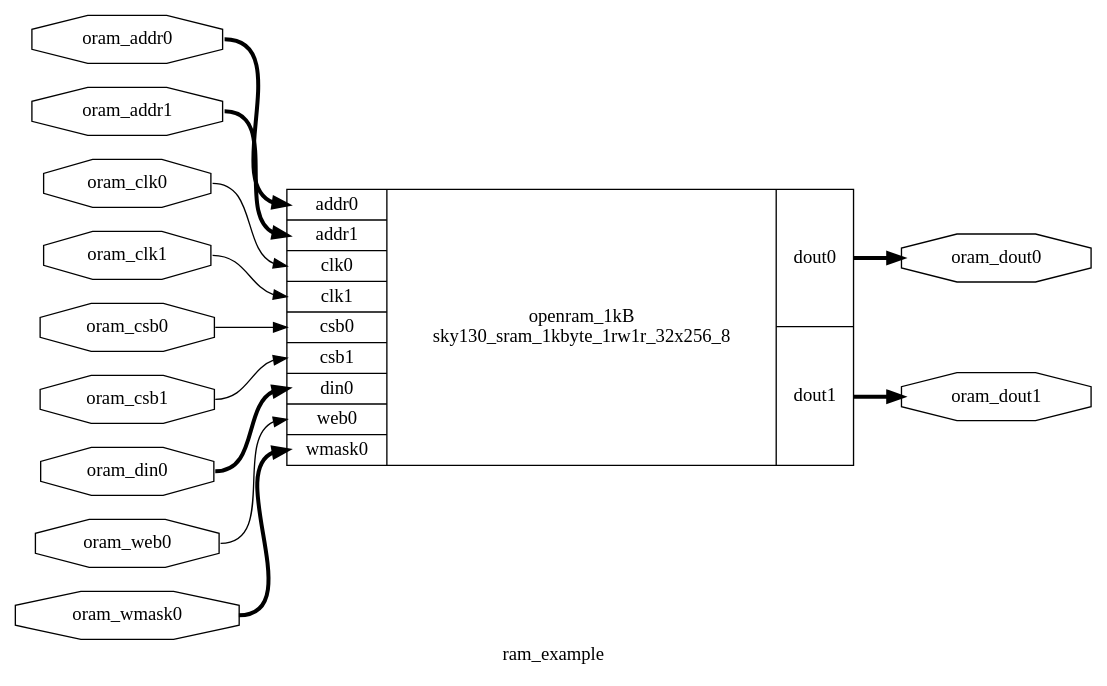
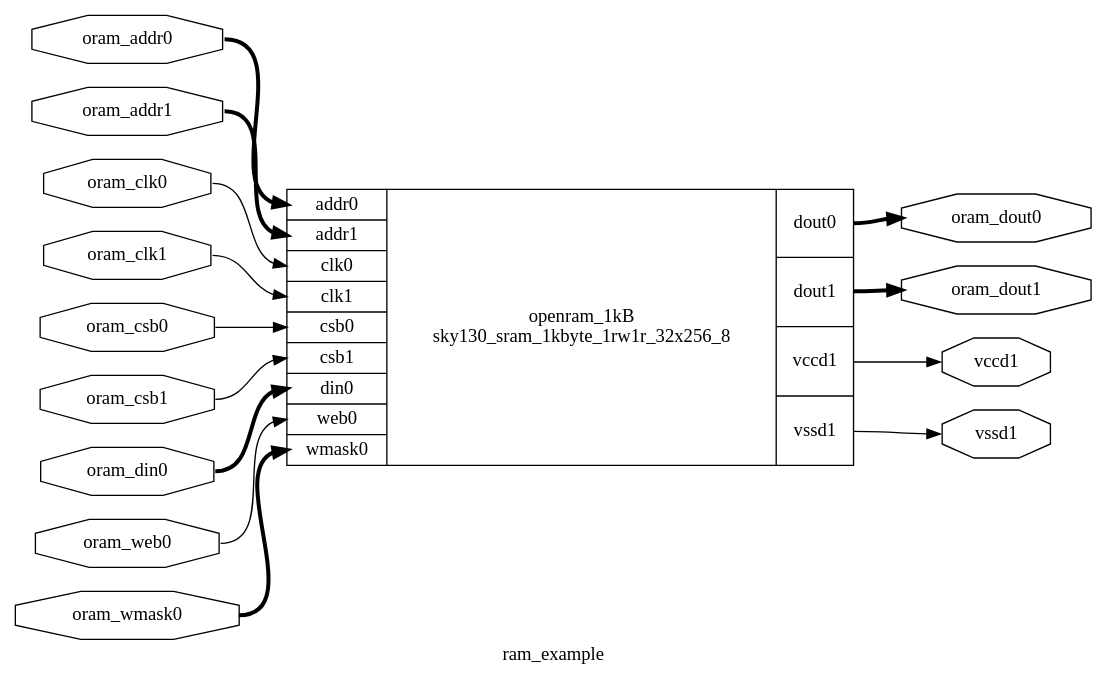
Before and after one commit to marcospazianibrunella/openlane_sky130_sram: the diagram in runs/openlane_test/tmp/synthesis/post_techmap.dot, drawn with Graphviz. The commit also changed 28 other files, not shown here.

```diff
--- a/runs/openlane_test/tmp/synthesis/post_techmap.dot
+++ b/runs/openlane_test/tmp/synthesis/post_techmap.dot
@@ -1,28 +1,32 @@
 digraph "ram_example" {
 label="ram_example";
 rankdir="LR";
 remincross=true;
 n1 [ shape=octagon, label="oram_addr0", color="black", fontcolor="black" ];
 n2 [ shape=octagon, label="oram_addr1", color="black", fontcolor="black" ];
 n3 [ shape=octagon, label="oram_clk0", color="black", fontcolor="black" ];
 n4 [ shape=octagon, label="oram_clk1", color="black", fontcolor="black" ];
 n5 [ shape=octagon, label="oram_csb0", color="black", fontcolor="black" ];
 n6 [ shape=octagon, label="oram_csb1", color="black", fontcolor="black" ];
 n7 [ shape=octagon, label="oram_din0", color="black", fontcolor="black" ];
 n8 [ shape=octagon, label="oram_dout0", color="black", fontcolor="black" ];
 n9 [ shape=octagon, label="oram_dout1", color="black", fontcolor="black" ];
 n10 [ shape=octagon, label="oram_web0", color="black", fontcolor="black" ];
 n11 [ shape=octagon, label="oram_wmask0", color="black", fontcolor="black" ];
-c23 [ shape=record, label="{{<p12> addr0|<p13> addr1|<p14> clk0|<p15> clk1|<p16> csb0|<p17> csb1|<p18> din0|<p19> web0|<p20> wmask0}|openram_1kB\nsky130_sram_1kbyte_1rw1r_32x256_8|{<p21> dout0|<p22> dout1}}" ];
-n1:e -> c23:p12:w [color="black", style="setlinewidth(3)", label=""];
-n10:e -> c23:p19:w [color="black", label=""];
-n11:e -> c23:p20:w [color="black", style="setlinewidth(3)", label=""];
-n2:e -> c23:p13:w [color="black", style="setlinewidth(3)", label=""];
-n3:e -> c23:p14:w [color="black", label=""];
-n4:e -> c23:p15:w [color="black", label=""];
-n5:e -> c23:p16:w [color="black", label=""];
-n6:e -> c23:p17:w [color="black", label=""];
-n7:e -> c23:p18:w [color="black", style="setlinewidth(3)", label=""];
-c23:p21:e -> n8:w [color="black", style="setlinewidth(3)", label=""];
-c23:p22:e -> n9:w [color="black", style="setlinewidth(3)", label=""];
+n12 [ shape=octagon, label="vccd1", color="black", fontcolor="black" ];
+n13 [ shape=octagon, label="vssd1", color="black", fontcolor="black" ];
+c25 [ shape=record, label="{{<p14> addr0|<p15> addr1|<p16> clk0|<p17> clk1|<p18> csb0|<p19> csb1|<p20> din0|<p21> web0|<p22> wmask0}|openram_1kB\nsky130_sram_1kbyte_1rw1r_32x256_8|{<p23> dout0|<p24> dout1|<p12> vccd1|<p13> vssd1}}" ];
+n1:e -> c25:p14:w [color="black", style="setlinewidth(3)", label=""];
+n10:e -> c25:p21:w [color="black", label=""];
+n11:e -> c25:p22:w [color="black", style="setlinewidth(3)", label=""];
+c25:p12:e -> n12:w [color="black", label=""];
+c25:p13:e -> n13:w [color="black", label=""];
+n2:e -> c25:p15:w [color="black", style="setlinewidth(3)", label=""];
+n3:e -> c25:p16:w [color="black", label=""];
+n4:e -> c25:p17:w [color="black", label=""];
+n5:e -> c25:p18:w [color="black", label=""];
+n6:e -> c25:p19:w [color="black", label=""];
+n7:e -> c25:p20:w [color="black", style="setlinewidth(3)", label=""];
+c25:p23:e -> n8:w [color="black", style="setlinewidth(3)", label=""];
+c25:p24:e -> n9:w [color="black", style="setlinewidth(3)", label=""];
 }
```
